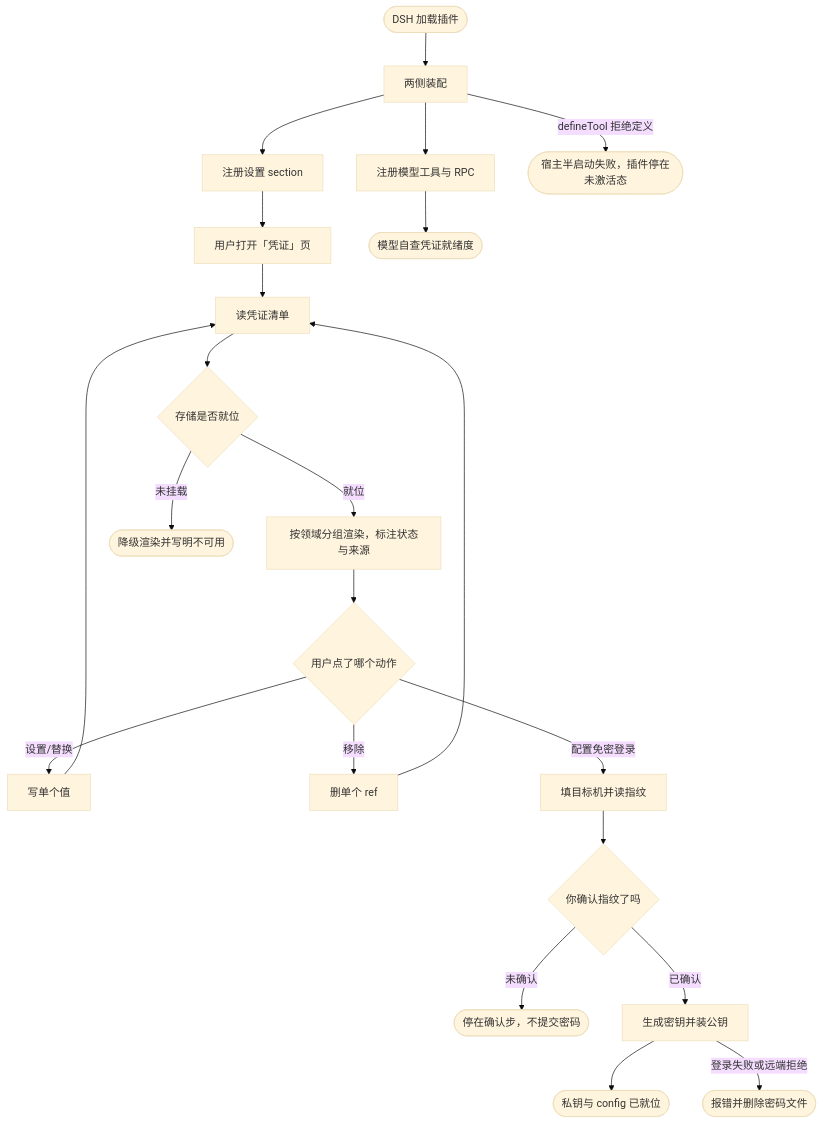
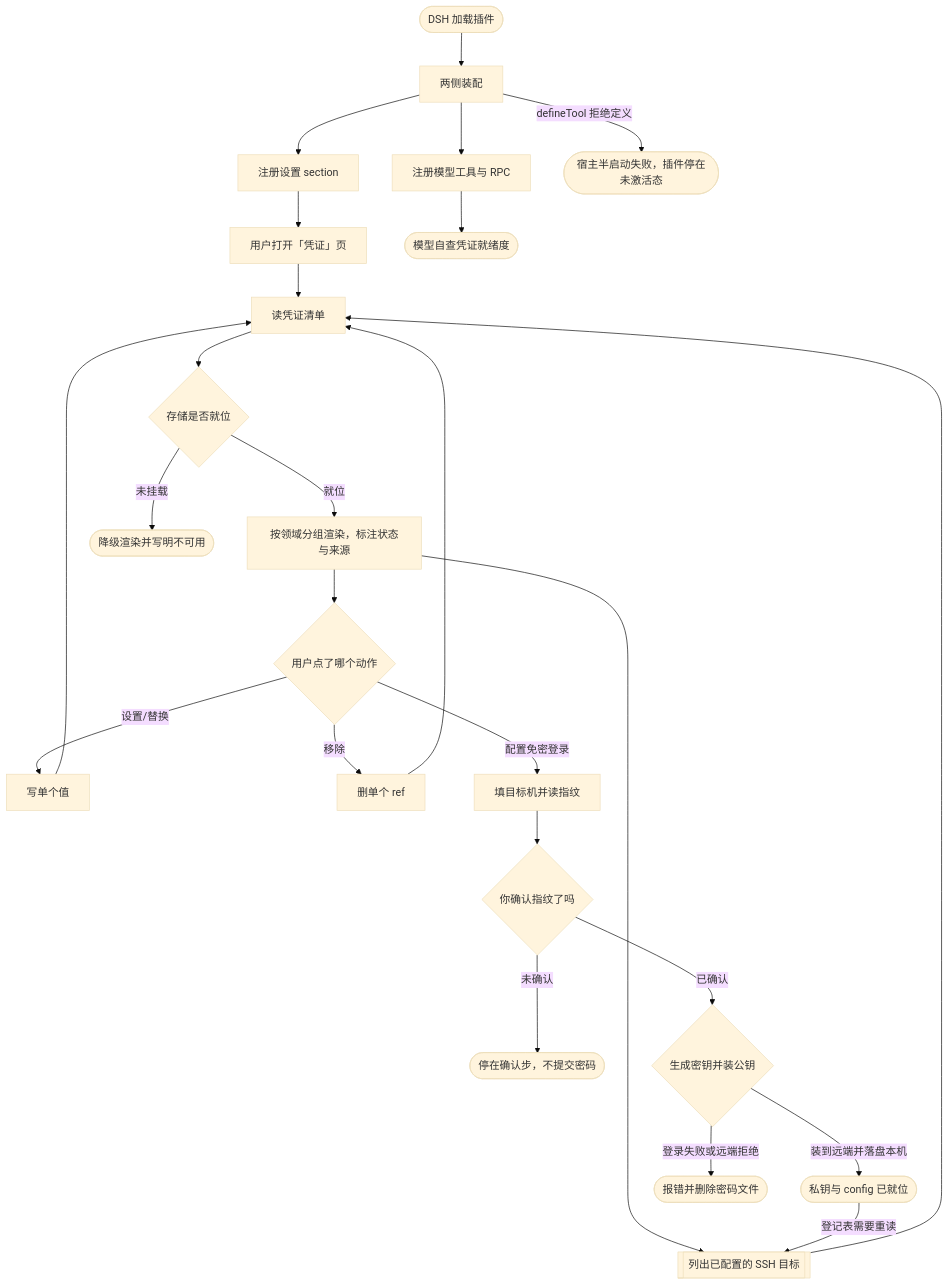
One commit to yunjies/knowledge-base changed the first of 2 diagrams in assets/projects/dsh-credentials/feature-flow.md. Above: the diagram before and after it, drawn with Mermaid (base theme). The commit also changed other lines of this file, not shown here.

First line of the commit message:
流程文档：补上 SSH 目标面板这条子流程

````diff
--- a/assets/projects/dsh-credentials/feature-flow.md
+++ b/assets/projects/dsh-credentials/feature-flow.md
@@ -9,24 +9,27 @@
 ```mermaid
 flowchart TB
   START(["DSH 加载插件"]) --> MOUNT["两侧装配"]
   MOUNT --> SECTION["注册设置 section"]
   MOUNT --> TOOL["注册模型工具与 RPC"]
   MOUNT -->|"defineTool 拒绝定义"| MOUNT_FAIL(["宿主半启动失败，插件停在未激活态"])
   SECTION --> OPEN["用户打开「凭证」页"]
   OPEN --> LIST["读凭证清单"]
   LIST --> RENDER{"存储是否就位"}
   RENDER -->|"就位"| GRID["按领域分组渲染，标注状态与来源"]
   RENDER -->|"未挂载"| DEGRADE(["降级渲染并写明不可用"])
+  GRID --> TARGETS[["列出已配置的 SSH 目标"]]
   GRID --> ACTION{"用户点了哪个动作"}
   ACTION -->|"设置/替换"| WRITE["写单个值"]
   ACTION -->|"移除"| UNSET["删单个 ref"]
   ACTION -->|"配置免密登录"| BSSELECT["填目标机并读指纹"]
   WRITE --> LIST
   UNSET --> LIST
+  TARGETS --> LIST
   BSSELECT --> BSCONFIRM{"你确认指纹了吗"}
   BSCONFIRM -->|"未确认"| BSWAIT(["停在确认步，不提交密码"])
-  BSCONFIRM -->|"已确认"| BSINSTALL["生成密钥并装公钥"]
-  BSINSTALL --> BSDONE(["私钥与 config 已就位"])
+  BSCONFIRM -->|"已确认"| BSINSTALL{"生成密钥并装公钥"}
+  BSINSTALL -->|"装到远端并落盘本机"| BSDONE(["私钥与 config 已就位"])
   BSINSTALL -->|"登录失败或远端拒绝"| BSFAIL(["报错并删除密码文件"])
+  BSDONE -->|"登记表需要重读"| TARGETS
   TOOL --> PROBE(["模型自查凭证就绪度"])
 ```
````
